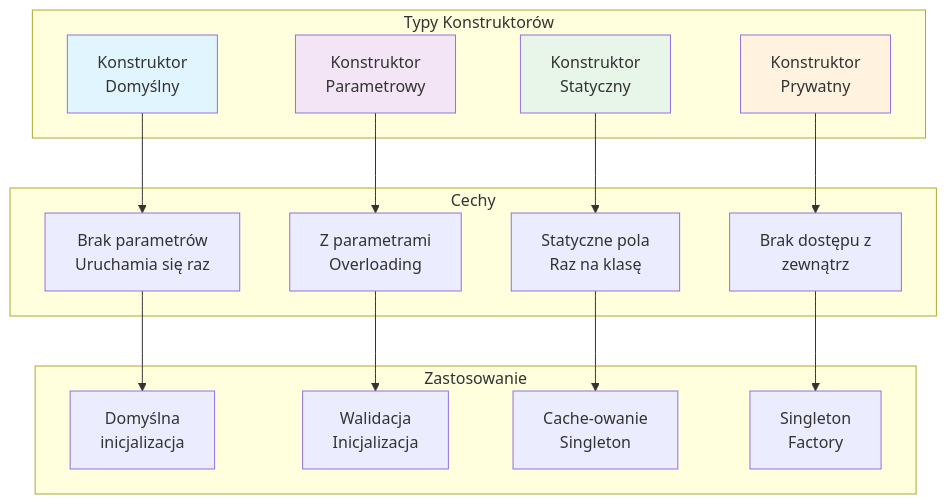
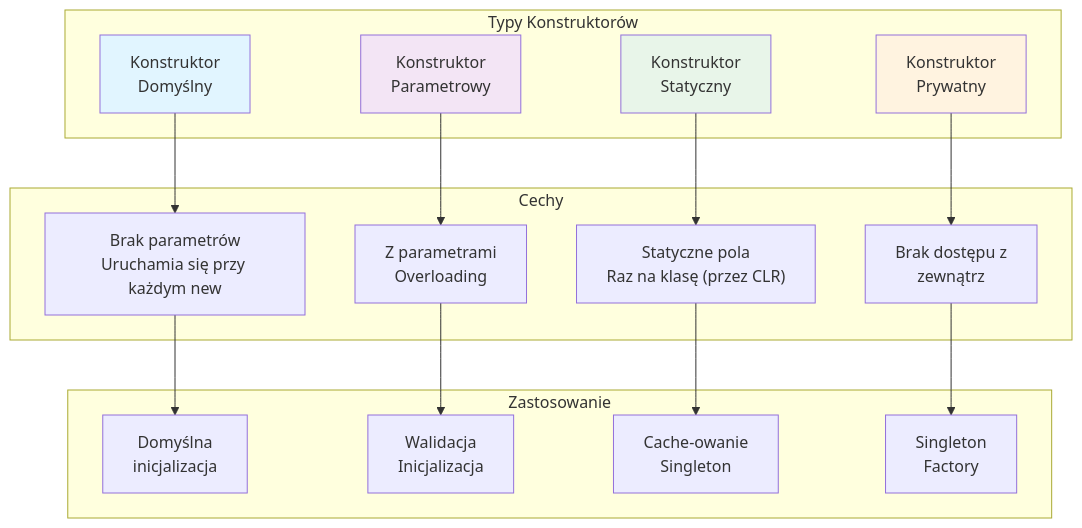
The first of 2 diagrams in src/02-konstruktory/_01_constructors_basics/README.md (tborzyszkowski/csharp-programming), drawn with Mermaid before and after one commit. The commit also changed other lines of this file and 74 other files, not shown here.

````diff
--- a/src/02-konstruktory/_01_constructors_basics/README.md
+++ b/src/02-konstruktory/_01_constructors_basics/README.md
@@ -365,33 +385,33 @@
 ```mermaid
 graph TB
     subgraph Konstruktory["Typy Konstruktorów"]
         A["Konstruktor<br/>Domyślny"]
         B["Konstruktor<br/>Parametrowy"]
         C["Konstruktor<br/>Statyczny"]
         D["Konstruktor<br/>Prywatny"]
     end
     
     subgraph Cechy["Cechy"]
-        A1["Brak parametrów<br/>Uruchamia się raz"]
+        A1["Brak parametrów<br/>Uruchamia się przy każdym new"]
         B1["Z parametrami<br/>Overloading"]
-        C1["Statyczne pola<br/>Raz na klasę"]
+        C1["Statyczne pola<br/>Raz na klasę (przez CLR)"]
         D1["Brak dostępu z<br/>zewnątrz"]
     end
     
     subgraph Zastosowanie["Zastosowanie"]
         A2["Domyślna<br/>inicjalizacja"]
         B2["Walidacja<br/>Inicjalizacja"]
         C2["Cache-owanie<br/>Singleton"]
         D2["Singleton<br/>Factory"]
     end
     
     A --> A1 --> A2
     B --> B1 --> B2
     C --> C1 --> C2
     D --> D1 --> D2
     
     style A fill:#e1f5ff
     style B fill:#f3e5f5
     style C fill:#e8f5e9
     style D fill:#fff3e0
 ```
````
